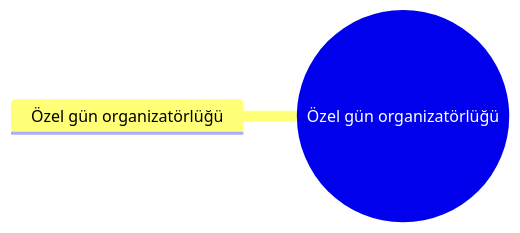
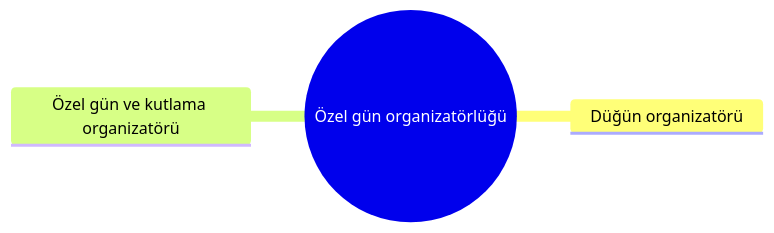
One commit to sametkarabulut-dev/xfuturepos-v2 changed the diagram in 02 İşletmeler/16 Etkinlik & Organizasyon/Özel gün organizatörlüğü/Dal – Özel gün organizatörlüğü.md. Above: the diagram before and after it, drawn with Mermaid. The commit also changed other lines of this file and 241 other files, not shown here.

````diff
--- a/02 İşletmeler/16 Etkinlik & Organizasyon/Özel gün organizatörlüğü/Dal – Özel gün organizatörlüğü.md
+++ b/02 İşletmeler/16 Etkinlik & Organizasyon/Özel gün organizatörlüğü/Dal – Özel gün organizatörlüğü.md
@@ -22,5 +23,6 @@
 ```mermaid
 mindmap
   root((Özel gün organizatörlüğü))
-    Özel gün organizatörlüğü
+    Düğün organizatörü
+    Özel gün ve kutlama organizatörü
 ```
````
